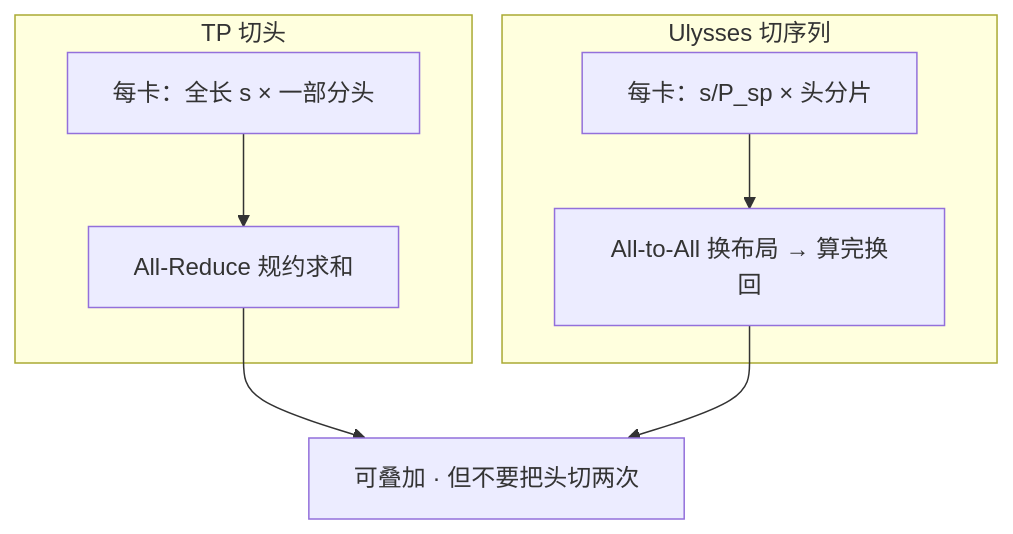
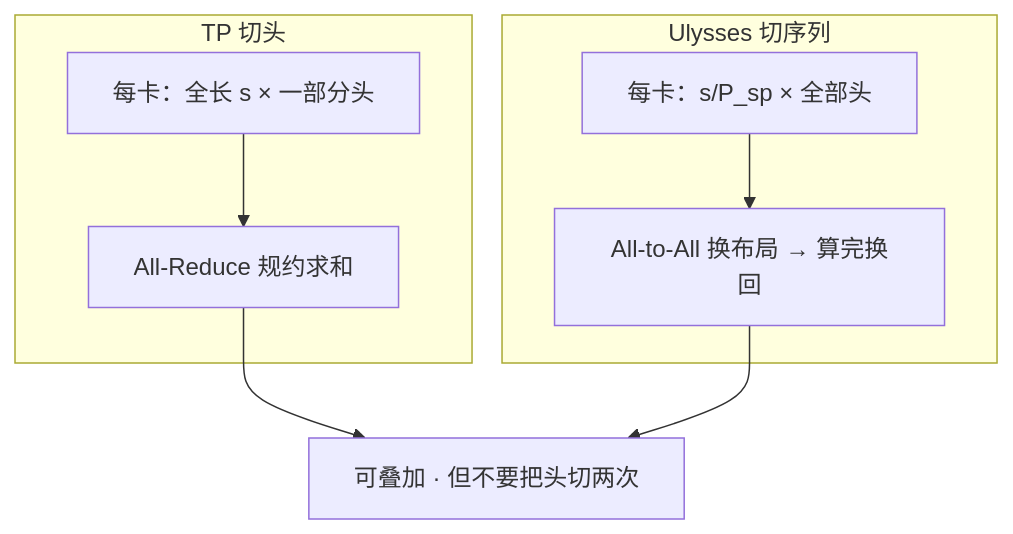
One commit to xhongduo-tech/xhongduo-tech.github.io changed the first of 2 diagrams in docs/llm/ulysses-sp.md. Above: the diagram before and after it, drawn with Mermaid. The commit also changed 2 other files, not shown here.

Commit message:
Content review llm-021: fix Ulysses per-rank head labeling and elastic-training graph consistency.

````diff
--- a/docs/llm/ulysses-sp.md
+++ b/docs/llm/ulysses-sp.md
@@ -24,11 +24,11 @@
 ```mermaid
 flowchart TD
   subgraph TP["TP 切头"]
     T["每卡：全长 s × 一部分头"] --> TA["All-Reduce 规约求和"]
   end
   subgraph SPX["Ulysses 切序列"]
-    S["每卡：s/P_sp × 头分片"] --> SA["All-to-All 换布局 → 算完换回"]
+    S["每卡：s/P_sp × 全部头"] --> SA["All-to-All 换布局 → 算完换回"]
   end
   TA --> C["可叠加 · 但不要把头切两次"]
   SA --> C
 ```
````
